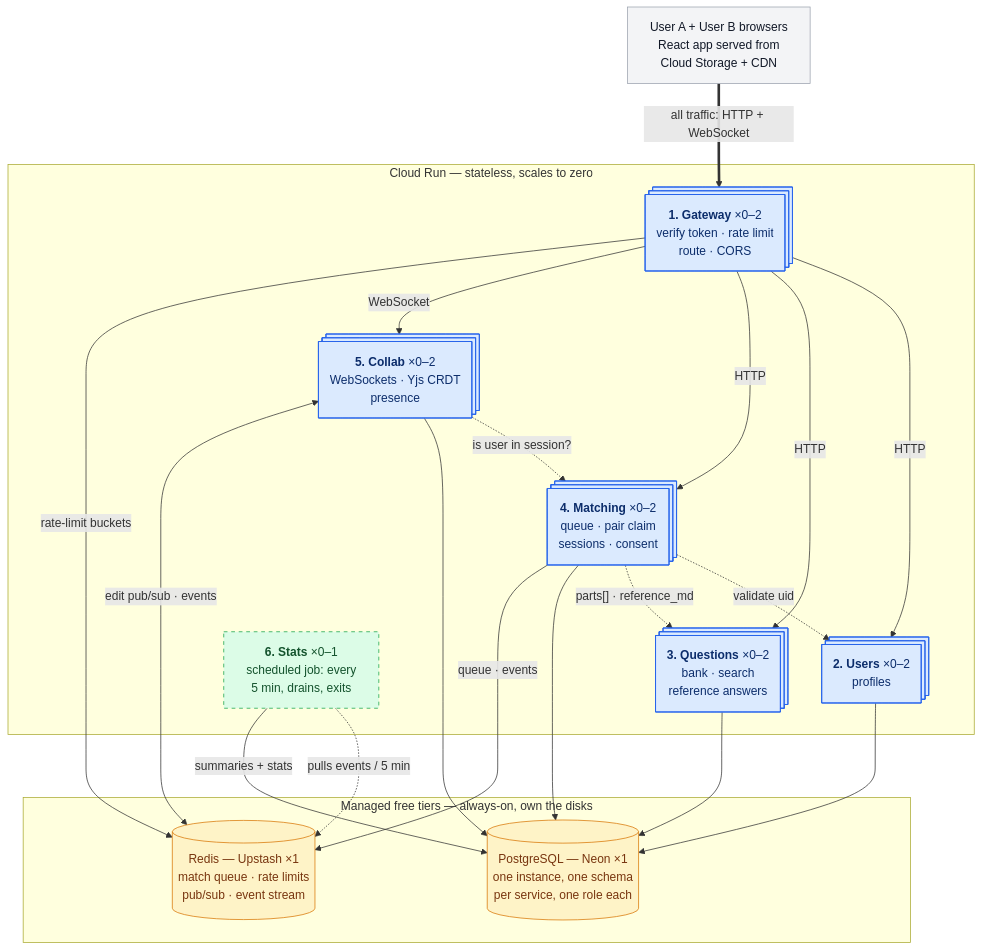
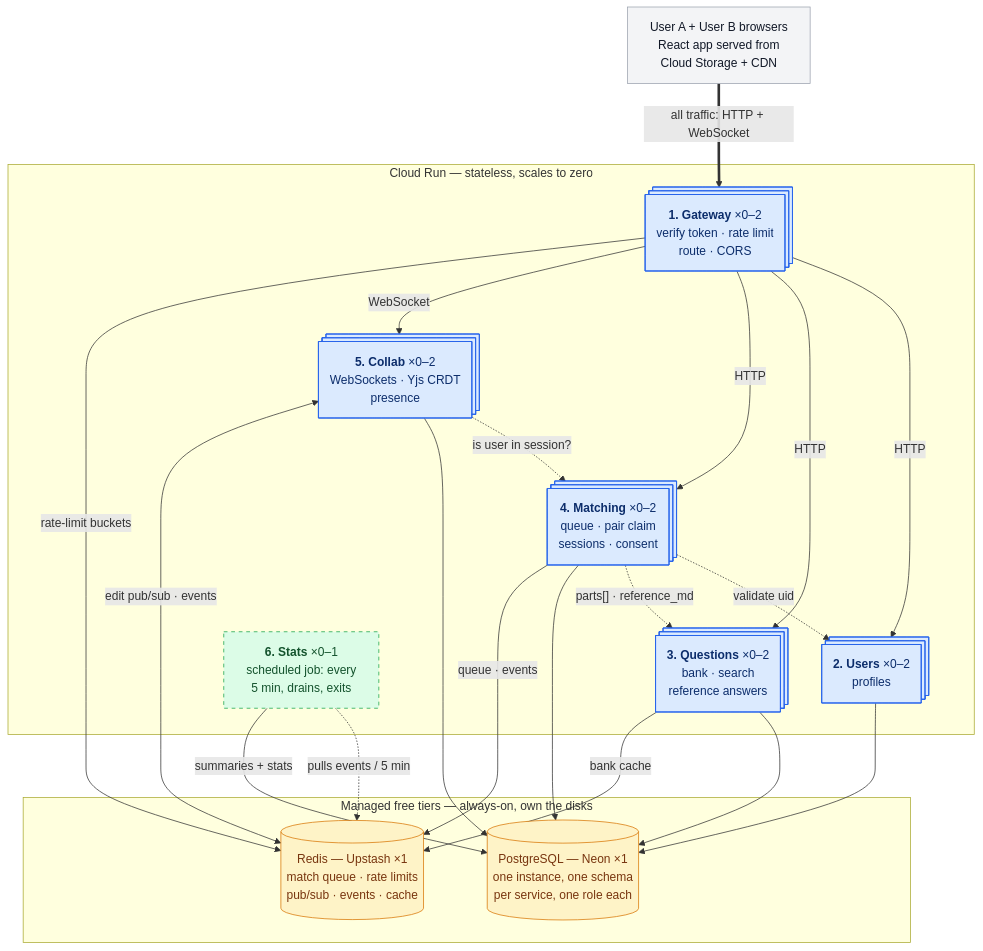
One commit to Wnayar/deepcs changed the first of 2 diagrams in DESIGN.md. Above: the diagram before and after it, drawn with Mermaid. The commit also changed other lines of this file, not shown here.

````diff
--- a/DESIGN.md
+++ b/DESIGN.md
@@ -93,47 +93,48 @@
 ```mermaid
 %%{init: {"flowchart": {"nodeSpacing": 45, "rankSpacing": 60}}}%%
 flowchart TD
     U["User A + User B browsers<br/>React app served from<br/>Cloud Storage + CDN"]
 
     U ==>|"all traffic: HTTP + WebSocket"| GW
 
     subgraph RUN["Cloud Run — stateless, scales to zero"]
         GW@{ shape: procs, label: "<b>1. Gateway</b> ×0–2<br/>verify token · rate limit<br/>route · CORS" }
         USR@{ shape: procs, label: "<b>2. Users</b> ×0–2<br/>profiles" }
         QST@{ shape: procs, label: "<b>3. Questions</b> ×0–2<br/>bank · search<br/>reference answers" }
         MCH@{ shape: procs, label: "<b>4. Matching</b> ×0–2<br/>queue · pair claim<br/>sessions · consent" }
         COL@{ shape: procs, label: "<b>5. Collab</b> ×0–2<br/>WebSockets · Yjs CRDT<br/>presence" }
         STA["<b>6. Stats</b> ×0–1<br/>scheduled job: every<br/>5 min, drains, exits"]
     end
 
     subgraph DATA["Managed free tiers — always-on, own the disks"]
         PG[("PostgreSQL — Neon ×1<br/>one instance, one schema<br/>per service, one role each")]
-        RD[("Redis — Upstash ×1<br/>match queue · rate limits<br/>pub/sub · event stream")]
+        RD[("Redis — Upstash ×1<br/>match queue · rate limits<br/>pub/sub · events · cache")]
     end
 
     GW -->|HTTP| USR
     GW -->|HTTP| QST
     GW -->|HTTP| MCH
     GW -->|WebSocket| COL
     GW -->|"rate-limit buckets"| RD
     MCH -.->|"validate uid"| USR
     MCH -.->|"parts[] · reference_md"| QST
     COL -.->|"is user in session?"| MCH
     USR --> PG
     QST --> PG
     MCH --> PG
     COL --> PG
+    QST -->|"bank cache"| RD
     MCH -->|"queue · events"| RD
     COL <-->|"edit pub/sub · events"| RD
     STA -.->|"pulls events / 5 min"| RD
     STA -->|"summaries + stats"| PG
 
     classDef client fill:#f3f4f6,stroke:#9ca3af,color:#111827
     classDef ephemeral fill:#dbeafe,stroke:#2563eb,color:#0c2d6b
     classDef scheduled fill:#dcfce7,stroke:#16a34a,color:#14532d,stroke-dasharray: 5 5
     classDef stateful fill:#fef3c7,stroke:#d97706,color:#78350f
     class U client
     class GW,USR,QST,MCH,COL ephemeral
     class STA scheduled
     class PG,RD stateful
 ```
````
